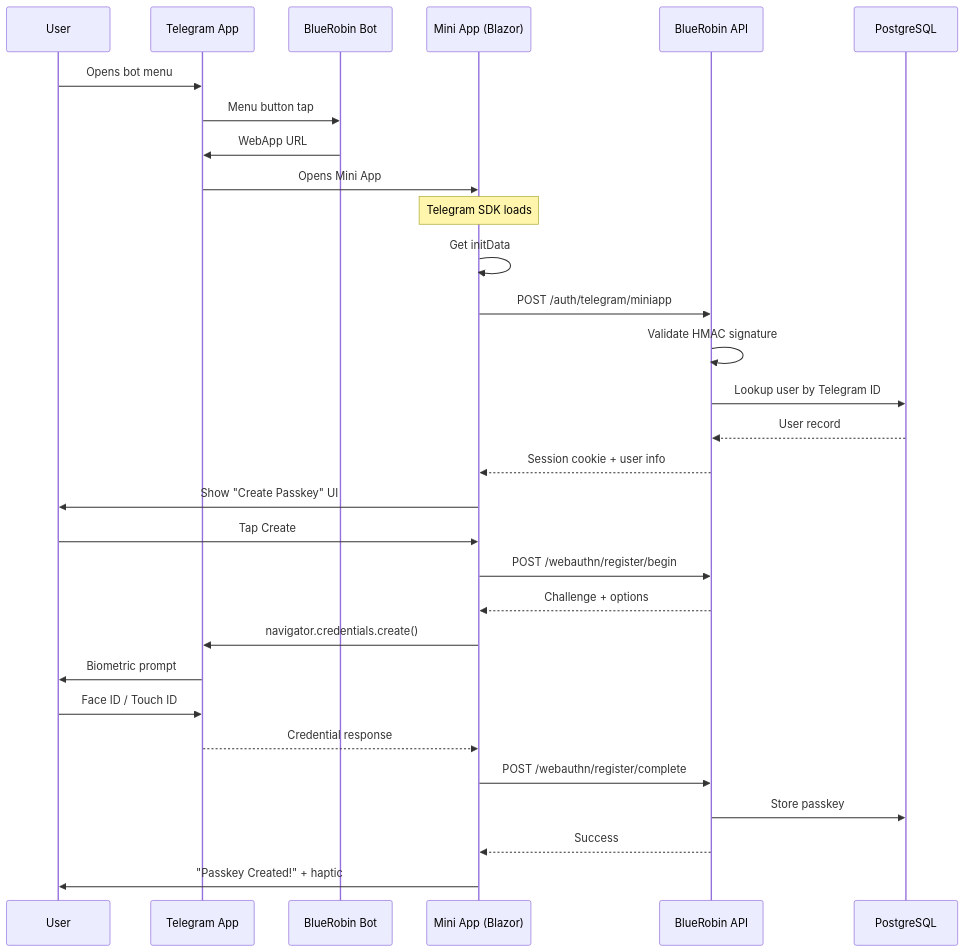
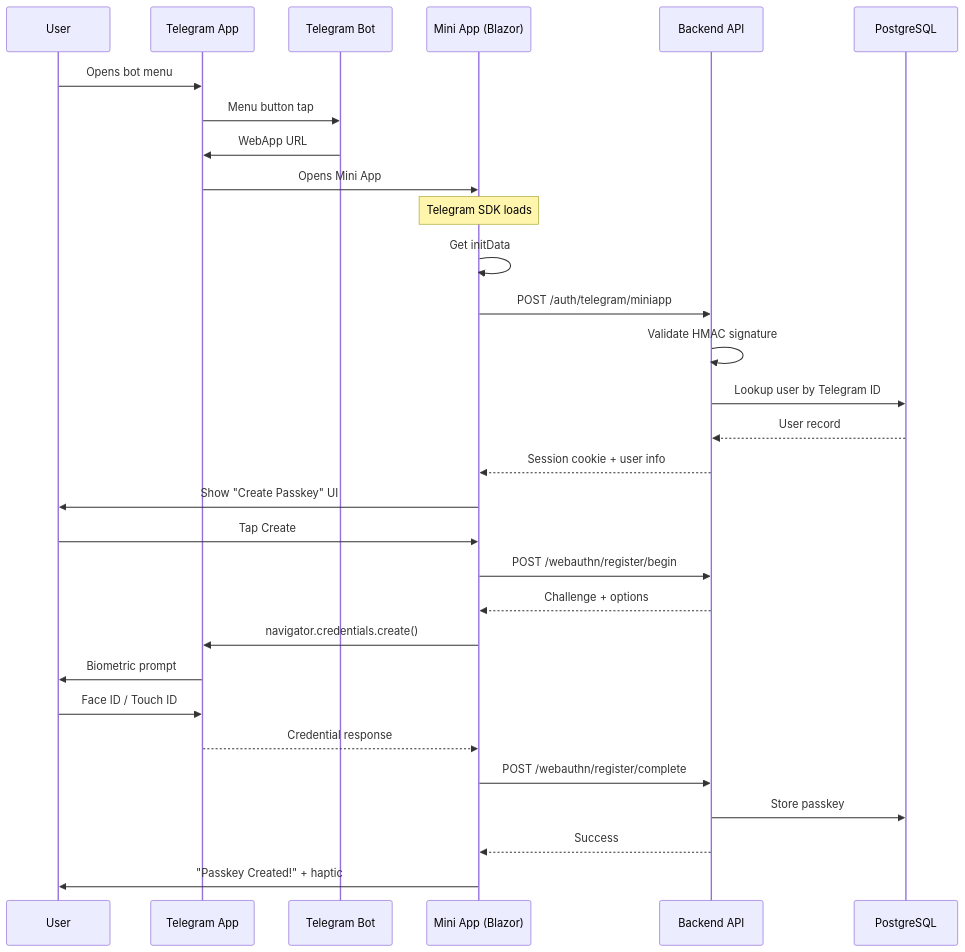
The diagram in src/content/blog/telegram-miniapp-blazor-integration.mdx (viktorrobin/bluerobin-blog), drawn with Mermaid before and after one commit. The commit also changed other lines of this file and 111 other files, not shown here.

````diff
--- a/src/content/blog/telegram-miniapp-blazor-integration.mdx
+++ b/src/content/blog/telegram-miniapp-blazor-integration.mdx
@@ -33,35 +33,35 @@
 ```mermaid
 sequenceDiagram
     participant U as User
     participant T as Telegram App
-    participant B as BlueRobin Bot
+    participant B as Telegram Bot
     participant M as Mini App (Blazor)
-    participant API as BlueRobin API
+    participant API as Backend API
     participant DB as PostgreSQL
     
     U->>T: Opens bot menu
     T->>B: Menu button tap
     B->>T: WebApp URL
     T->>M: Opens Mini App
     
     Note over M: Telegram SDK loads
     M->>M: Get initData
     M->>API: POST /auth/telegram/miniapp
     API->>API: Validate HMAC signature
     API->>DB: Lookup user by Telegram ID
     DB-->>API: User record
     API-->>M: Session cookie + user info
     
     M->>U: Show "Create Passkey" UI
     U->>M: Tap Create
     M->>API: POST /webauthn/register/begin
     API-->>M: Challenge + options
     M->>T: navigator.credentials.create()
     T->>U: Biometric prompt
     U->>T: Face ID / Touch ID
     T-->>M: Credential response
     M->>API: POST /webauthn/register/complete
     API->>DB: Store passkey
     API-->>M: Success
     M->>U: "Passkey Created!" + haptic
 ```
````
